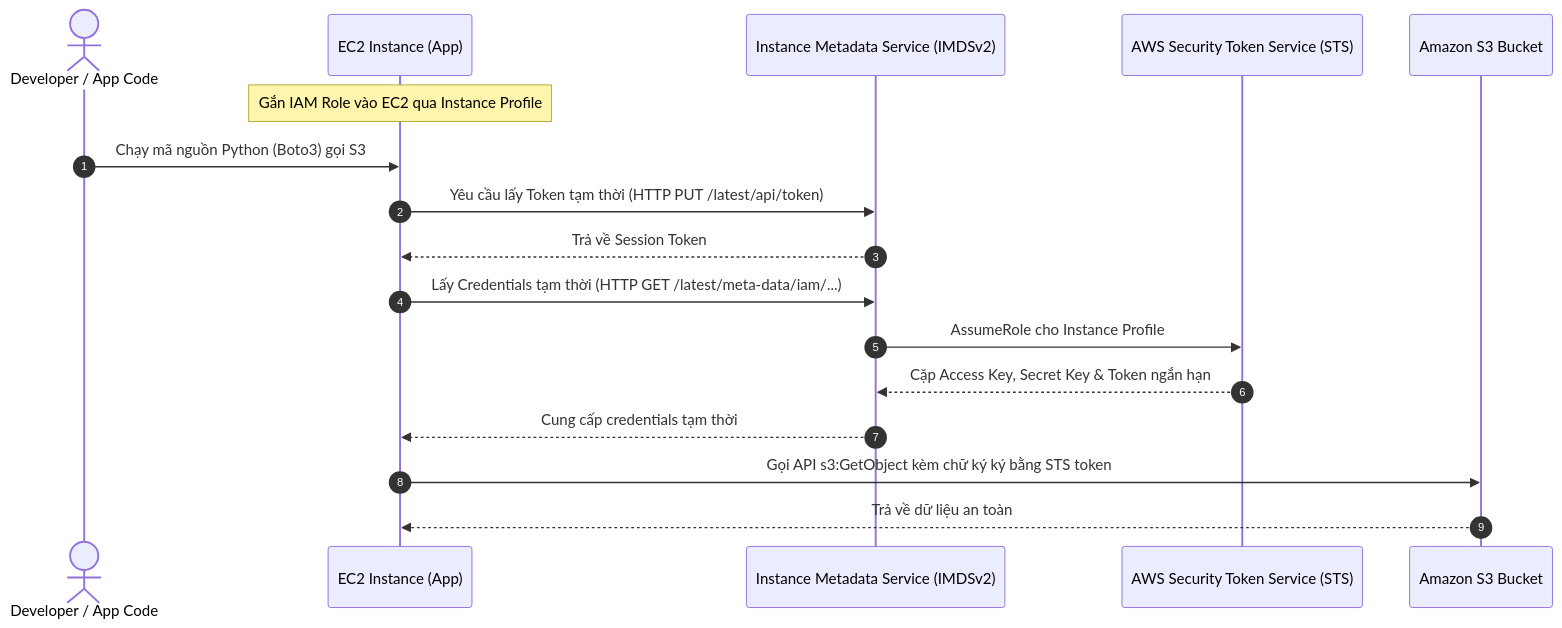
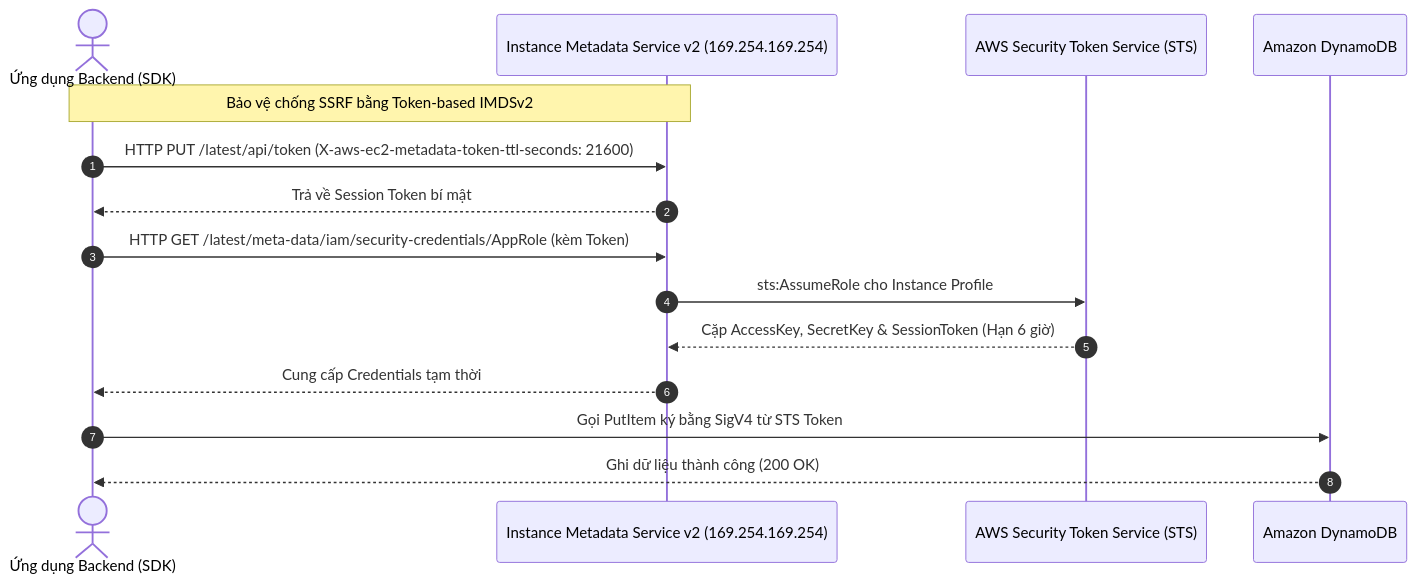
Before and after one commit to nhatphanhk/AWS_XBrain_Note: the third of 4 diagrams in AWS_Services/IAM_Identity_and_Access_Management.md, drawn with Mermaid. The commit also changed other lines of this file and 15 other files, not shown here.

Commit message:
feat: add comprehensive AWS service notes and update README index

````diff
--- a/AWS_Services/IAM_Identity_and_Access_Management.md
+++ b/AWS_Services/IAM_Identity_and_Access_Management.md
@@ -135,20 +172,18 @@
 ```mermaid
 sequenceDiagram
     autonumber
-    actor Dev as Developer / App Code
-    participant EC2 as EC2 Instance (App)
-    participant Meta as Instance Metadata Service (IMDSv2)
+    actor App as Ứng dụng Backend (SDK)
+    participant IMDS as Instance Metadata Service v2 (169.254.169.254)
     participant STS as AWS Security Token Service (STS)
-    participant S3 as Amazon S3 Bucket
+    participant Dynamo as Amazon DynamoDB
 
-    Note over EC2: Gắn IAM Role vào EC2 qua Instance Profile
-    Dev->>EC2: Chạy mã nguồn Python (Boto3) gọi S3
-    EC2->>Meta: Yêu cầu lấy Token tạm thời (HTTP PUT /latest/api/token)
-    Meta-->>EC2: Trả về Session Token
-    EC2->>Meta: Lấy Credentials tạm thời (HTTP GET /latest/meta-data/iam/...)
-    Meta->>STS: AssumeRole cho Instance Profile
-    STS-->>Meta: Cặp Access Key, Secret Key & Token ngắn hạn
-    Meta-->>EC2: Cung cấp credentials tạm thời
-    EC2->>S3: Gọi API s3:GetObject kèm chữ ký ký bằng STS token
-    S3-->>EC2: Trả về dữ liệu an toàn
+    Note over App,IMDS: Bảo vệ chống SSRF bằng Token-based IMDSv2
+    App->>IMDS: HTTP PUT /latest/api/token (X-aws-ec2-metadata-token-ttl-seconds: 21600)
+    IMDS-->>App: Trả về Session Token bí mật
+    App->>IMDS: HTTP GET /latest/meta-data/iam/security-credentials/AppRole (kèm Token)
+    IMDS->>STS: sts:AssumeRole cho Instance Profile
+    STS-->>IMDS: Cặp AccessKey, SecretKey & SessionToken (Hạn 6 giờ)
+    IMDS-->>App: Cung cấp Credentials tạm thời
+    App->>Dynamo: Gọi PutItem ký bằng SigV4 từ STS Token
+    Dynamo-->>App: Ghi dữ liệu thành công (200 OK)
 ```
````
